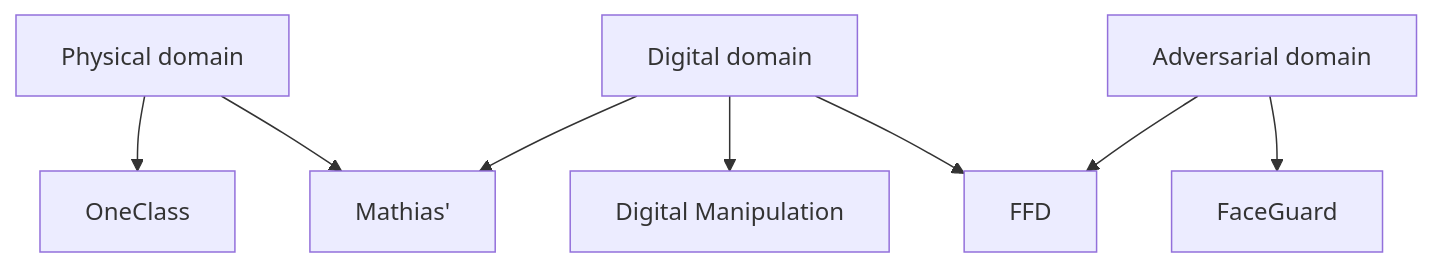
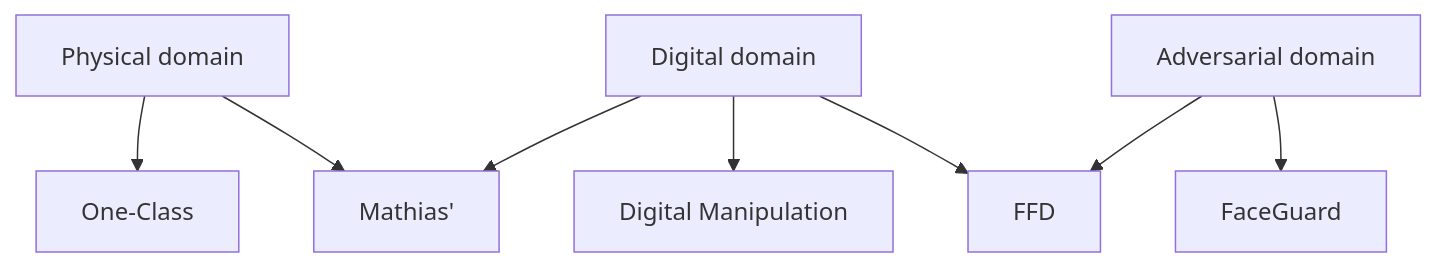
One commit to schibsen/Speciale_Noter changed the diagram in Uge 2(12.09-15.09)/Articles and domain flowchart.md. Above: the diagram before and after it, drawn with Mermaid. The commit also changed 37 other files, not shown here.

````diff
--- a/Uge 2(12.09-15.09)/Articles and domain flowchart.md
+++ b/Uge 2(12.09-15.09)/Articles and domain flowchart.md
@@ -1,18 +1,18 @@
 ```mermaid   
 flowchart TD  
     A[Physical domain]  
     B[Digital domain]  
     C[Adversarial domain]  
    
-    A --> A1[OneClass]   
+    A --> A1[One-Class]   
     
     A --> AB1[Mathias']    
     B --> AB1    
     
     B --> B1[Digital Manipulation]    
         
     B --> BC1[FFD]    
     C --> BC1    
     
     C --> C1[FaceGuard]   
 ```
````
